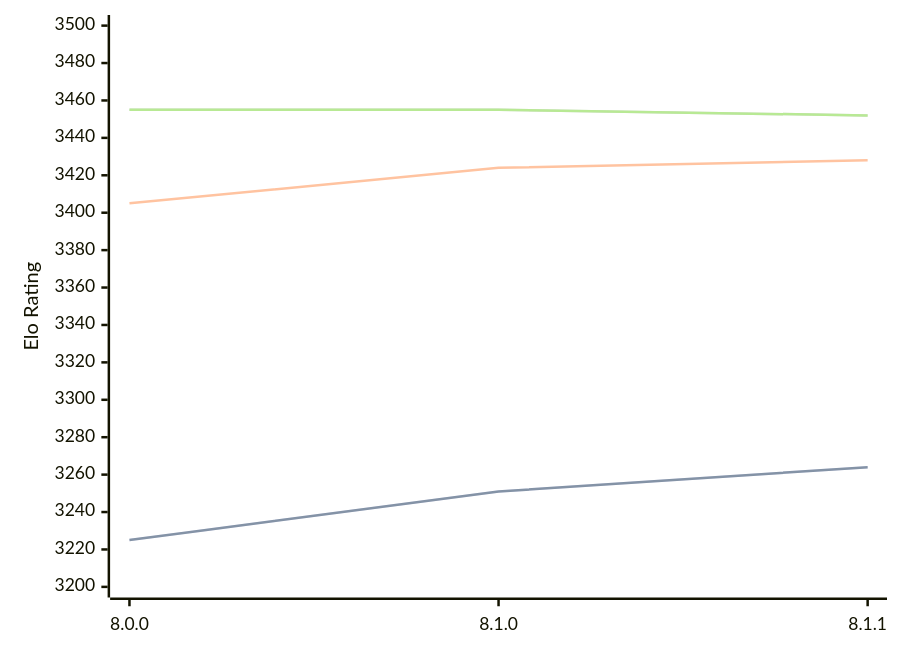
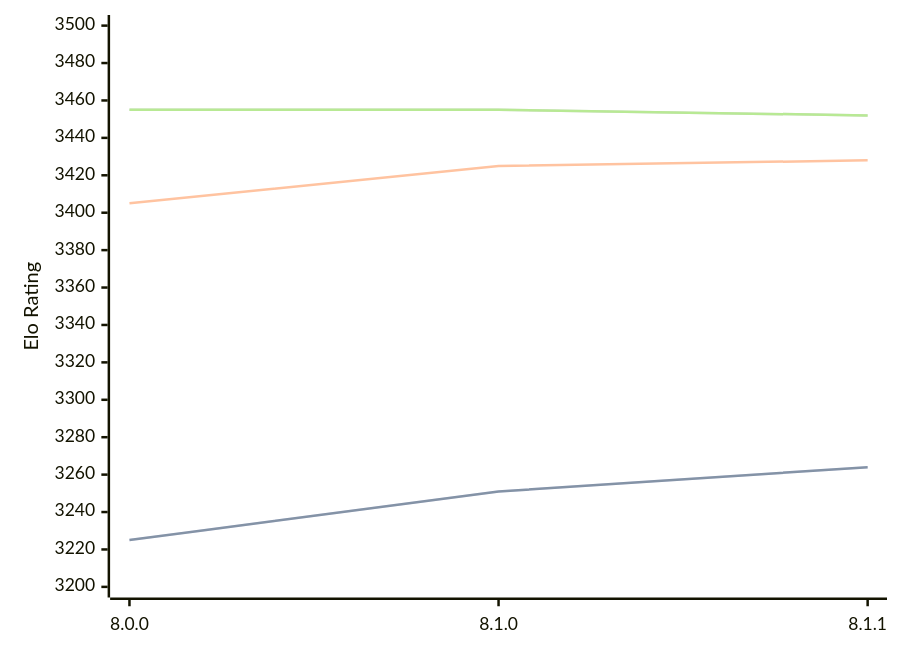
One commit to computer-chess-index/cci changed the third of 3 diagrams in engines/Velvet.md. Above: the diagram before and after it, drawn with Mermaid. The commit also changed other lines of this file, not shown here.

````diff
--- a/engines/Velvet.md
+++ b/engines/Velvet.md
@@ -90,11 +90,11 @@
 ```mermaid
 %%{init: {"theme":"base","themeVariables":{"seriesColors:['#a3a3a3','#222221','#faa371']}}}%%
 xychart-beta
   x-axis ["8.0.0", "8.1.0", "8.1.1"]
   y-axis "Elo Rating" 3200 --> 3500
   line "STC (8.0+0.08s)" [3225, 3251, 3264]
   line "STC (8.0+0.08s)" [3225, 3251, 3264]
-  line "LTC (60.0+0.60s)" [3405, 3424, 3428]
+  line "LTC (60.0+0.60s)" [3405, 3425, 3428]
   line "VLTC (2m24s+1.12s)" [3455, 3455, 3452]
   line "VLTC (2m24s+1.12s)" [3455, 3455, 3452]
 ```
````
